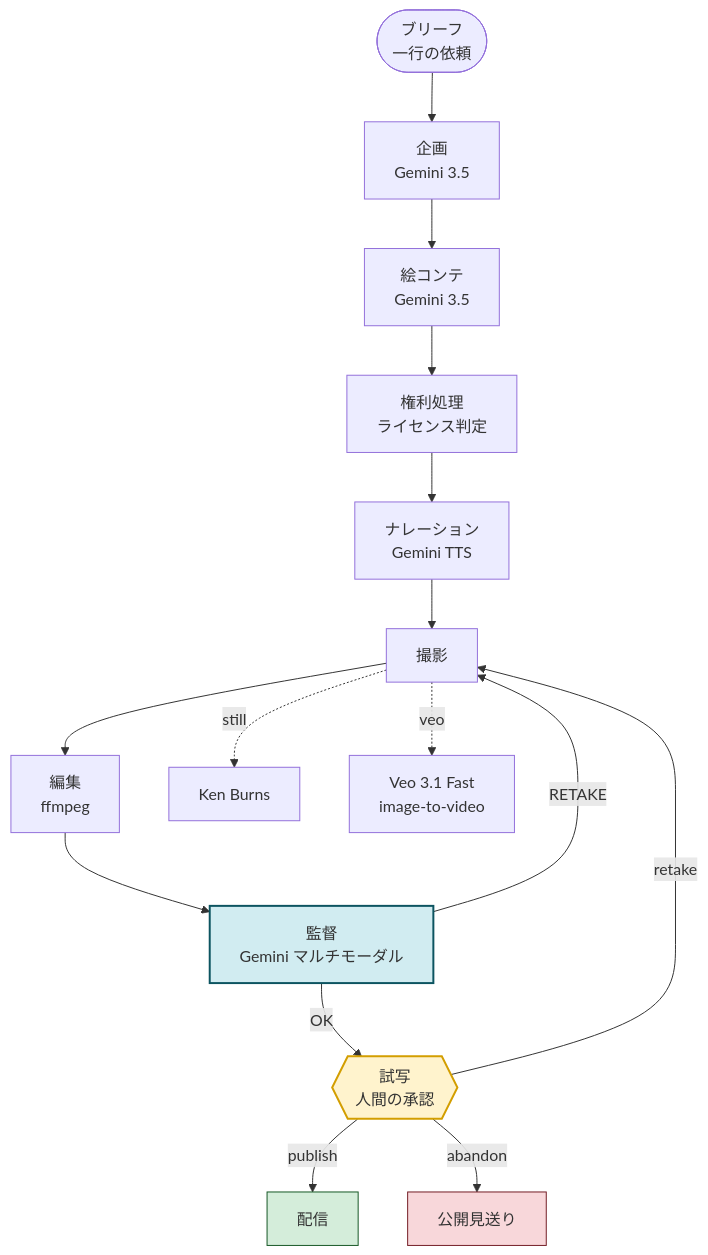
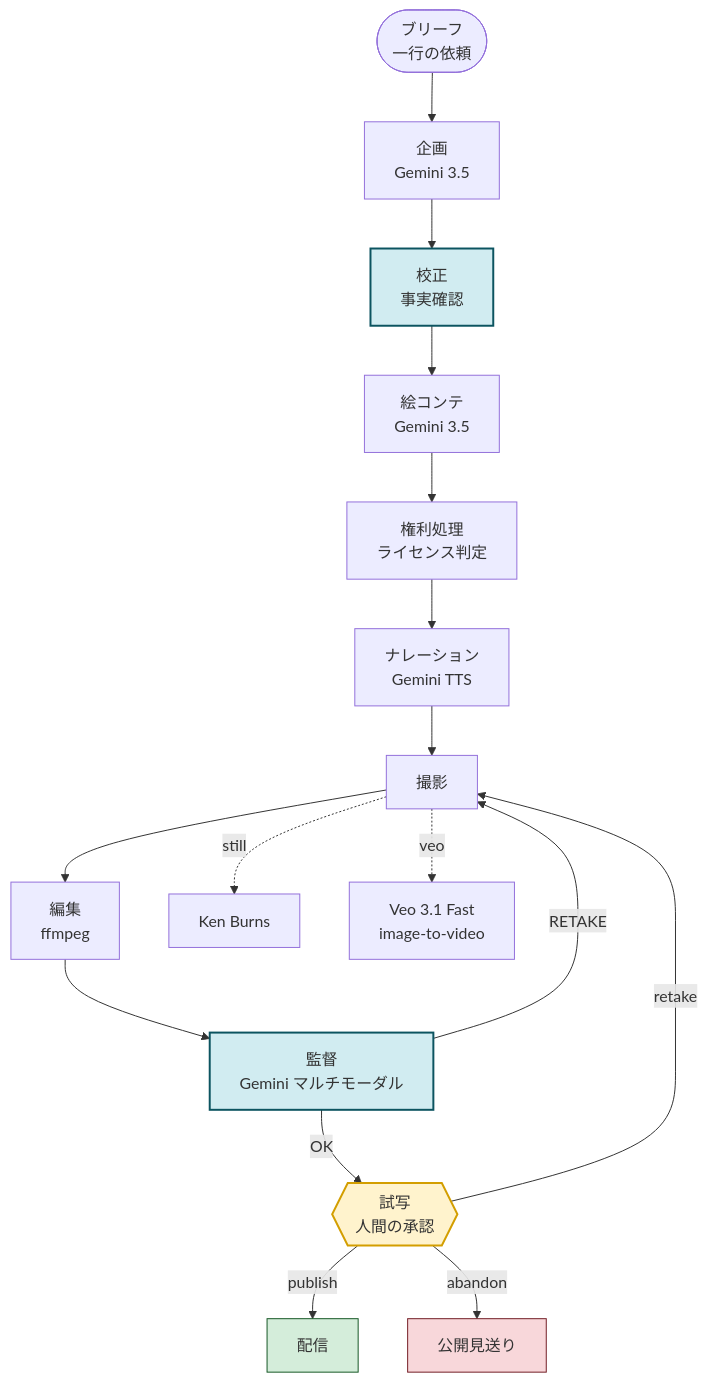
The diagram in docs/architecture.md (isaka1022/retake), drawn with Mermaid before and after one commit. The commit also changed other lines of this file and 4 other files, not shown here.

````diff
--- a/docs/architecture.md
+++ b/docs/architecture.md
@@ -5,25 +5,27 @@
 ```mermaid
 flowchart TD
     START([ブリーフ<br/>一行の依頼]) --> P[企画<br/>Gemini 3.5]
-    P --> S[絵コンテ<br/>Gemini 3.5]
+    P --> F[校正<br/>事実確認]
+    F --> S[絵コンテ<br/>Gemini 3.5]
     S --> R[権利処理<br/>ライセンス判定]
     R --> N[ナレーション<br/>Gemini TTS]
     N --> C[撮影]
     C --> E[編集<br/>ffmpeg]
     E --> D[監督<br/>Gemini マルチモーダル]
 
     C -.->|still| KB[Ken Burns]
     C -.->|veo| VEO[Veo 3.1 Fast<br/>image-to-video]
 
     D -->|RETAKE| C
     D -->|OK| SC{{試写<br/>人間の承認}}
 
     SC -->|publish| PUB[配信]
     SC -->|retake| C
     SC -->|abandon| AB[公開見送り]
 
     style SC fill:#fff3cd,stroke:#d39e00,stroke-width:2px
     style D fill:#d1ecf1,stroke:#0c5460,stroke-width:2px
+    style F fill:#d1ecf1,stroke:#0c5460,stroke-width:2px
     style PUB fill:#d4edda,stroke:#155724
     style AB fill:#f8d7da,stroke:#721c24
 ```
````
